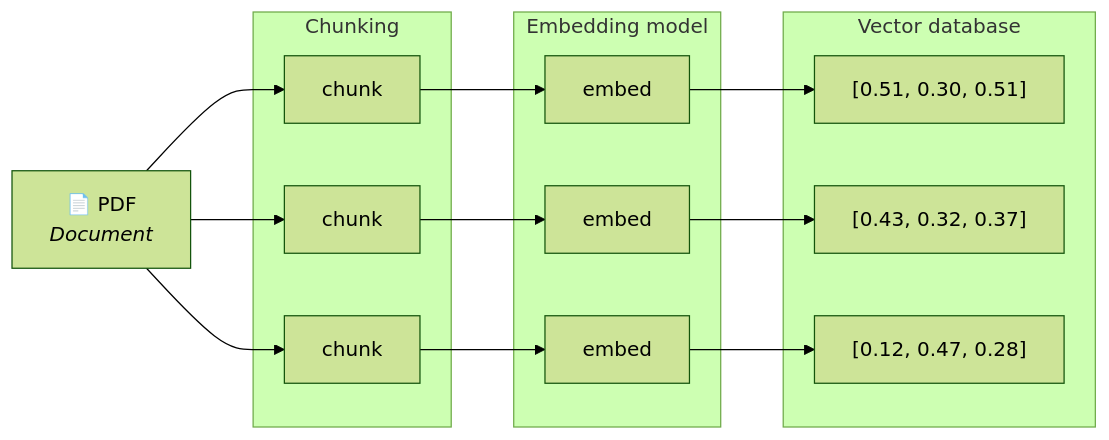
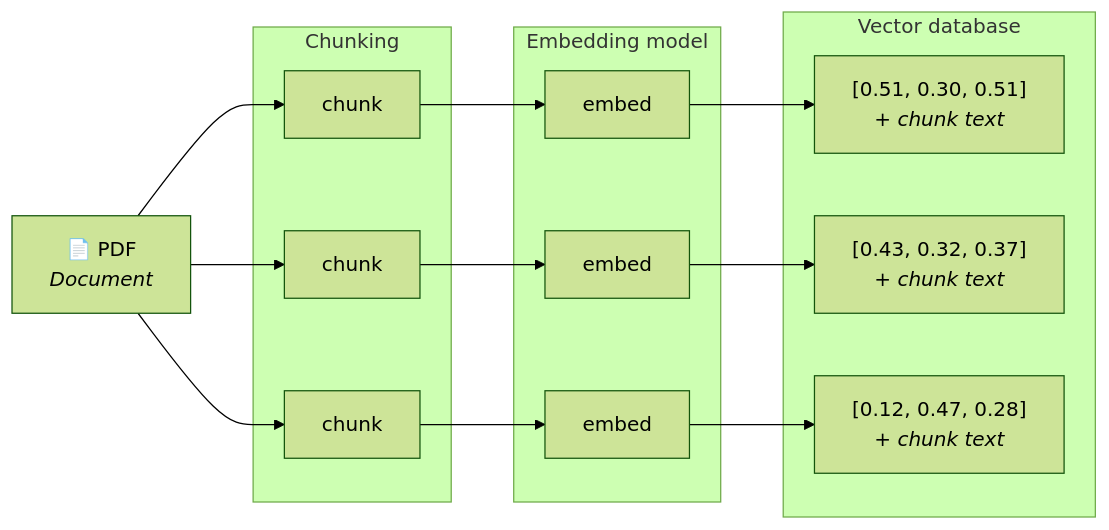
Before and after one commit to jcontrerasm/jcontrerasm.github.io: the fourth of 7 diagrams in src/content/blog/en/que-es-rag.md, drawn with Mermaid (forest theme). The commit also changed other lines of this file and 3 other files, not shown here.

````diff
--- a/src/content/blog/en/que-es-rag.md
+++ b/src/content/blog/en/que-es-rag.md
@@ -77,22 +96,22 @@
 ```mermaid
 flowchart LR
     PDF["📄 PDF<br/><i>Document</i>"]
     subgraph S["Chunking"]
         C1[chunk]
         C2[chunk]
         C3[chunk]
     end
     subgraph M["Embedding model"]
         E1[embed]
         E2[embed]
         E3[embed]
     end
     subgraph DB["Vector database"]
-        V1["[0.51, 0.30, 0.51]"]
-        V2["[0.43, 0.32, 0.37]"]
-        V3["[0.12, 0.47, 0.28]"]
+        V1["[0.51, 0.30, 0.51]<br/><i>+ chunk text</i>"]
+        V2["[0.43, 0.32, 0.37]<br/><i>+ chunk text</i>"]
+        V3["[0.12, 0.47, 0.28]<br/><i>+ chunk text</i>"]
     end
     PDF --> C1 --> E1 --> V1
     PDF --> C2 --> E2 --> V2
     PDF --> C3 --> E3 --> V3
 ```
````
